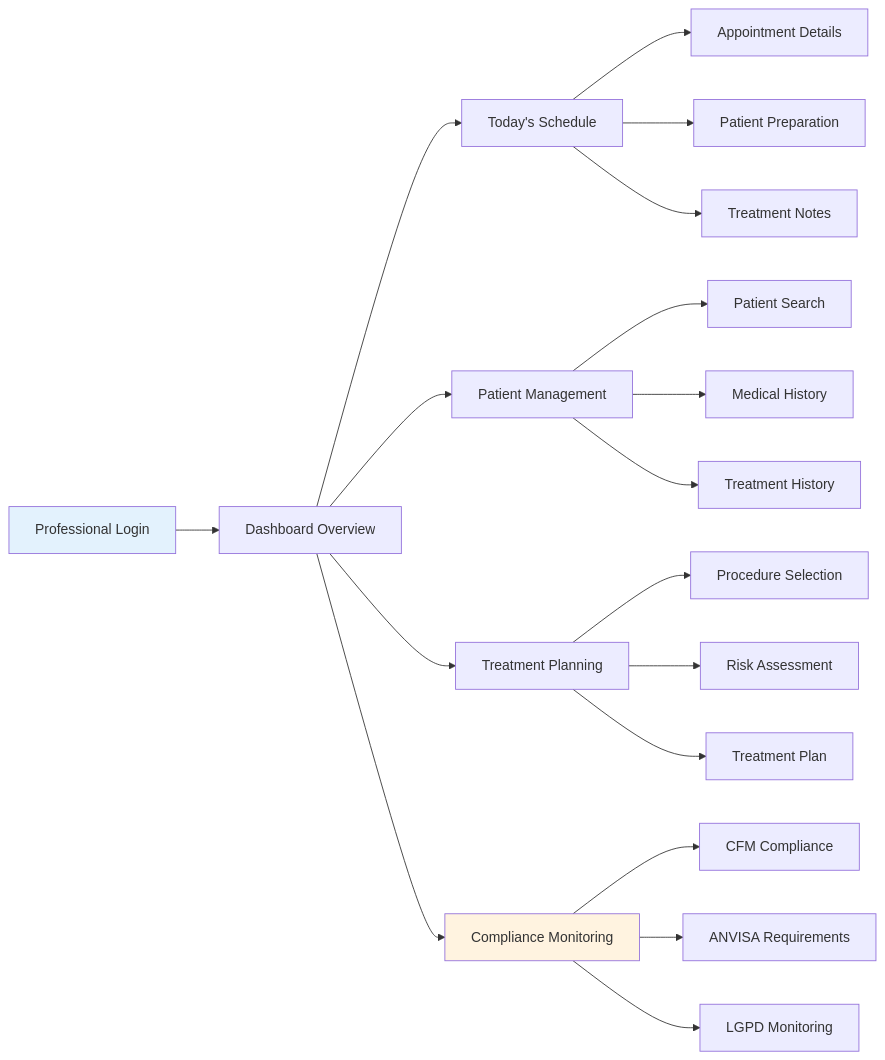
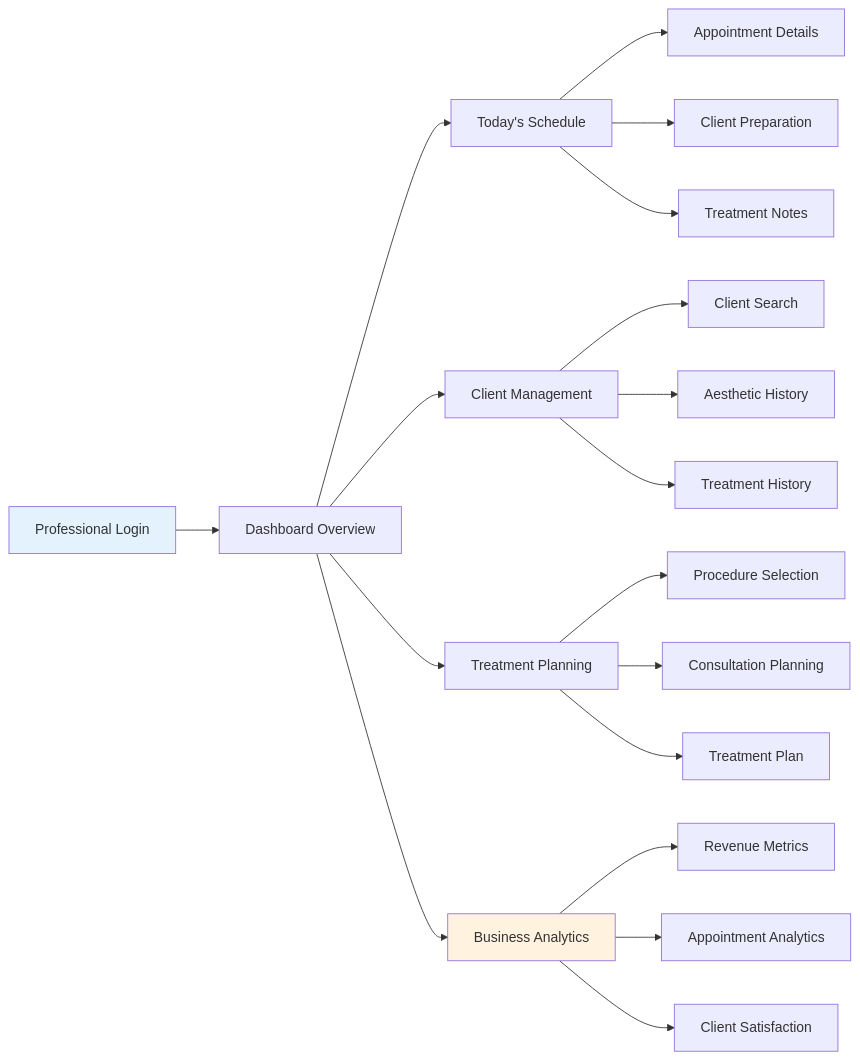
The fourth of 16 diagrams in docs/architecture/aesthetic-platform-flows.md (GrupoUS/neonpro), drawn with Mermaid before and after one commit. The commit also changed other lines of this file and 892 other files, not shown here.

````diff
--- a/docs/architecture/aesthetic-platform-flows.md
+++ b/docs/architecture/aesthetic-platform-flows.md
@@ -137,27 +179,27 @@
 ```mermaid
 flowchart LR
     A[Professional Login] --> B[Dashboard Overview]
     B --> C[Today's Schedule]
-    B --> D[Patient Management]
+    B --> D[Client Management]
     B --> E[Treatment Planning]
-    B --> F[Compliance Monitoring]
+    B --> F[Business Analytics]
 
     C --> G[Appointment Details]
-    C --> H[Patient Preparation]
+    C --> H[Client Preparation]
     C --> I[Treatment Notes]
 
-    D --> J[Patient Search]
-    D --> K[Medical History]
+    D --> J[Client Search]
+    D --> K[Aesthetic History]
     D --> L[Treatment History]
 
     E --> M[Procedure Selection]
-    E --> N[Risk Assessment]
+    E --> N[Consultation Planning]
     E --> O[Treatment Plan]
 
-    F --> P[CFM Compliance]
-    F --> Q[ANVISA Requirements]
-    F --> R[LGPD Monitoring]
+    F --> P[Revenue Metrics]
+    F --> Q[Appointment Analytics]
+    F --> R[Client Satisfaction]
 
     style A fill:#e3f2fd
     style F fill:#fff3e0
 ```
````
